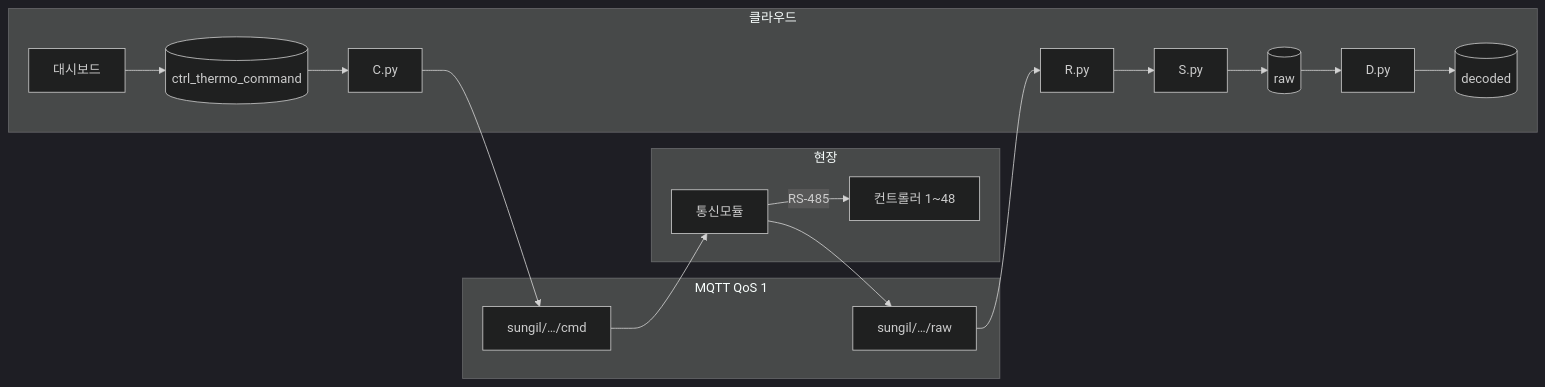
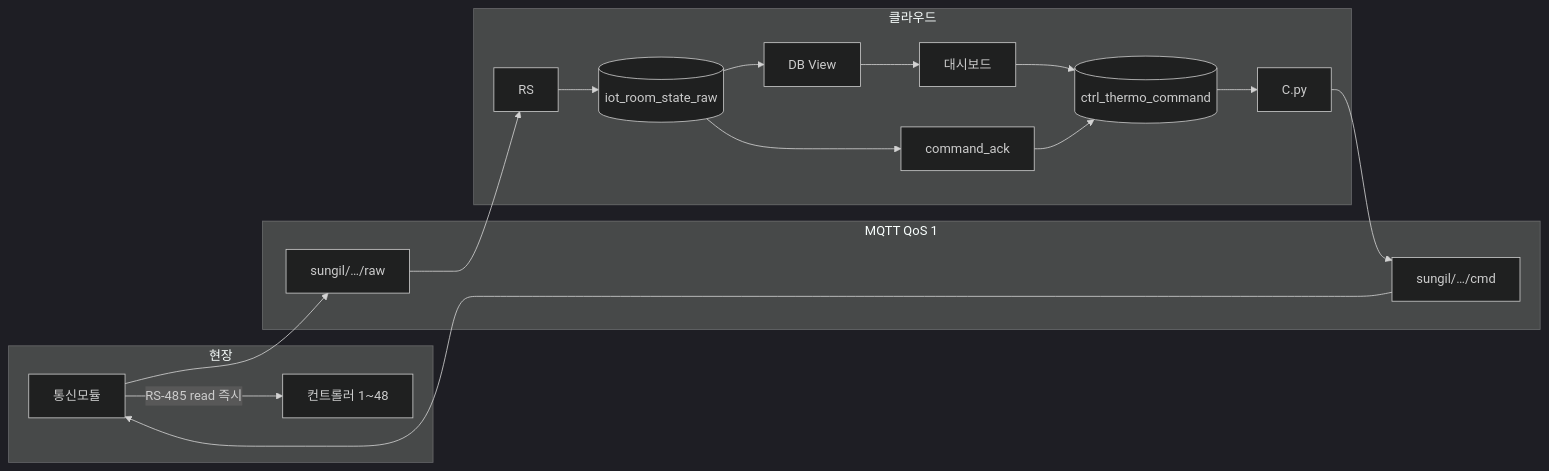
Before and after one commit to SIJackLee/dashboard: the first of 2 diagrams in 데이터폼 최종안.md, drawn with Mermaid (dark theme). The commit also changed other lines of this file and 9 other files, not shown here.

````diff
--- a/데이터폼 최종안.md
+++ b/데이터폼 최종안.md
@@ -42,22 +44,32 @@
 ```mermaid
 flowchart LR
   subgraph field [현장]
     CM[통신모듈]
     CTRL[컨트롤러 1~48]
-    CM -->|RS-485| CTRL
+    CM -->|RS-485 read 즉시| CTRL
   end
   subgraph mqtt [MQTT QoS 1]
     RAW[sungil/…/raw]
     CMD[sungil/…/cmd]
   end
   subgraph cloud [클라우드]
-    R[R.py] --> S[S.py] --> RAWDB[(raw)]
-    RAWDB --> D[D.py] --> DEC[(decoded)]
-    C[C.py] --> CMD
-    UI[대시보드] --> CMDDB[(ctrl_thermo_command)]
+    RS[RS]
+    RAWDB[(iot_room_state_raw)]
+    VIEW[DB View]
+    CMDDB[(ctrl_thermo_command)]
+    C[C.py]
+    ACK[command_ack]
+    UI[대시보드]
+    RS --> RAWDB
+    RAWDB --> VIEW
+    VIEW --> UI
+    UI --> CMDDB
     CMDDB --> C
+    C --> CMD
+    RAWDB --> ACK
+    ACK --> CMDDB
   end
   CM --> RAW
   CMD --> CM
-  RAW --> R
+  RAW --> RS
 ```
````
